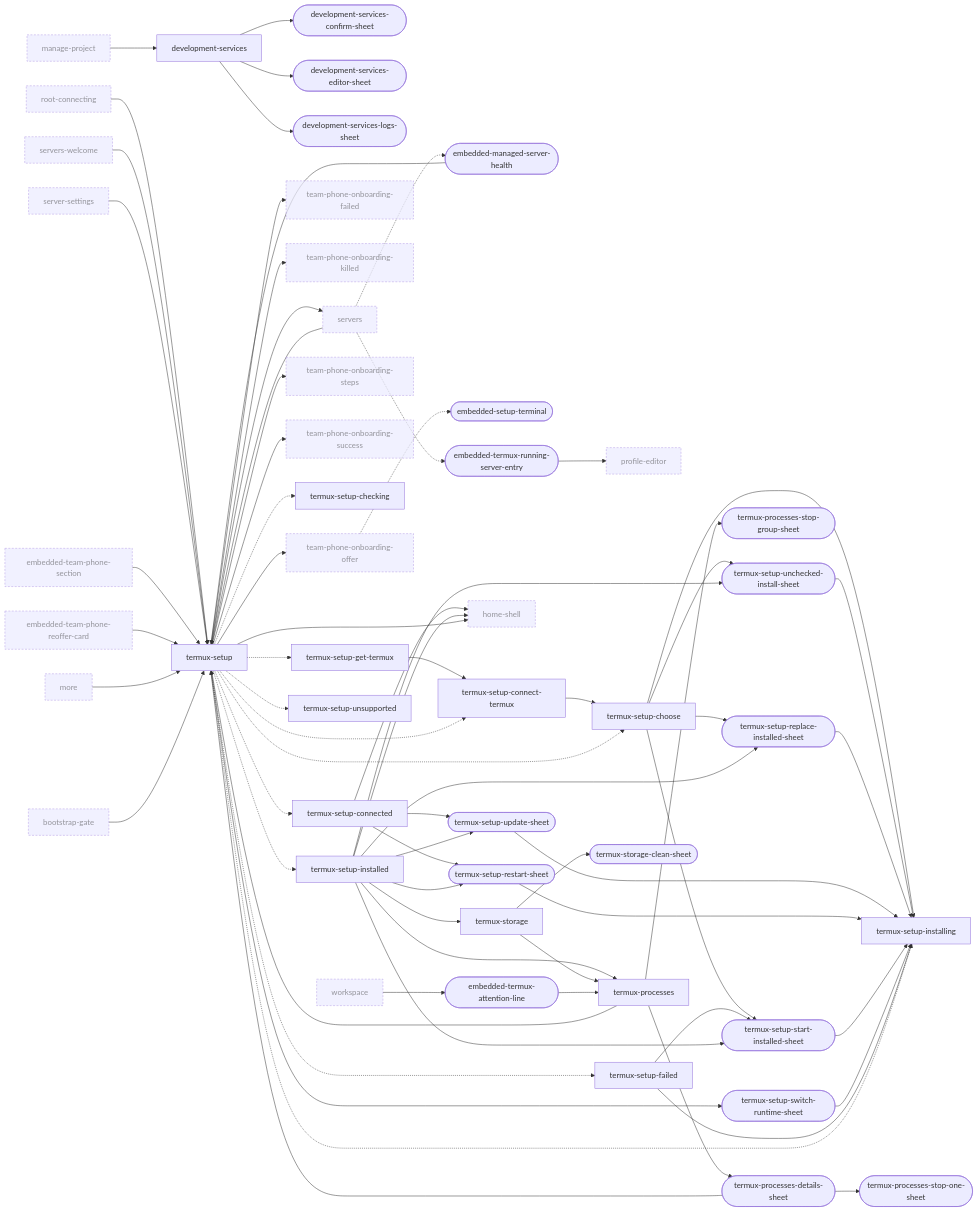
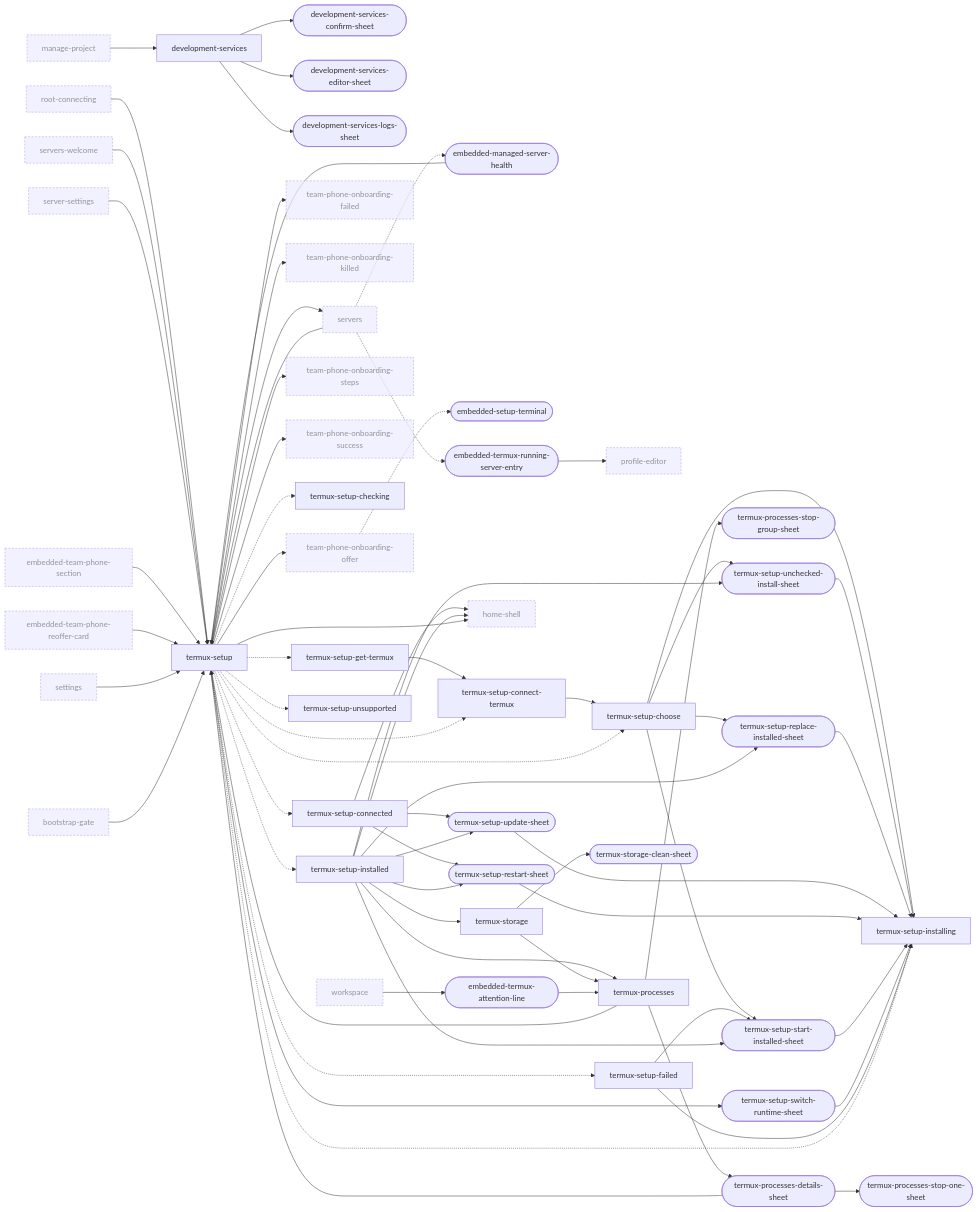
One commit to Breskott/opencode-mobile-next changed the sixth of 10 diagrams in docs/design/ui-ledger/navigation.md. Above: the diagram before and after it, drawn with Mermaid. The commit also changed other lines of this file and 17 other files, not shown here.

```diff
--- a/docs/design/ui-ledger/navigation.md
+++ b/docs/design/ui-ledger/navigation.md
@@ -781,12 +777,12 @@
   embedded_termux_running_server_entry(["embedded-termux-running-server-entry"])
   home_shell["home-shell"]:::ext
   manage_project["manage-project"]:::ext
-  more["more"]:::ext
   profile_editor["profile-editor"]:::ext
   root_connecting["root-connecting"]:::ext
   server_settings["server-settings"]:::ext
   servers["servers"]:::ext
   servers_welcome["servers-welcome"]:::ext
+  settings["settings"]:::ext
   team_phone_onboarding_failed["team-phone-onboarding-failed"]:::ext
   team_phone_onboarding_killed["team-phone-onboarding-killed"]:::ext
   team_phone_onboarding_offer["team-phone-onboarding-offer"]:::ext
@@ -850,7 +846,7 @@
   embedded_termux_attention_line --> termux_processes
   embedded_team_phone_section --> termux_setup
   embedded_team_phone_reoffer_card --> termux_setup
-  more --> termux_setup
+  settings --> termux_setup
   termux_setup_get_termux --> termux_setup_connect_termux
   termux_setup_connect_termux --> termux_setup_choose
   termux_setup_choose --> termux_setup_installing
```
